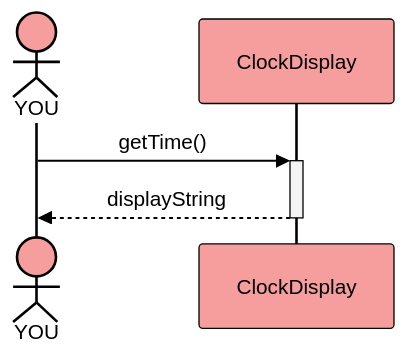
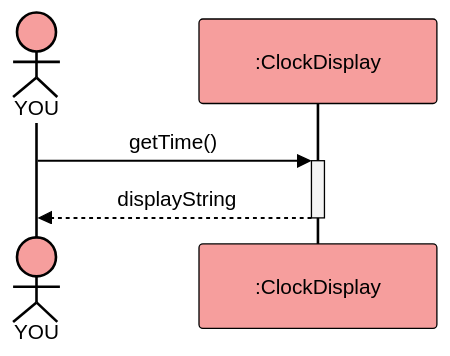
One commit to bkleinen/bkleinen.github.io changed the fifth of 5 diagrams in hugo/content/material/info1/clock_display_refactoring/original_clock_display.md. Above: the diagram before and after it, drawn with Mermaid. The commit also changed other lines of this file, not shown here.

Commit message:
add colons to sequence diagrams

````diff
--- a/hugo/content/material/info1/clock_display_refactoring/original_clock_display.md
+++ b/hugo/content/material/info1/clock_display_refactoring/original_clock_display.md
@@ -173,24 +174,24 @@
 ```mermaid
 %%{
   init: {
     'theme': 'base',
     'themeVariables': {
       'primaryColor': '#f69e9d', 
       'primaryTextColor': '#000',
       'primaryBorderColor': '#000',
       'lineColor': '#F8B229',
       'secondaryColor': '#f4f4f4',
       'activationBorderColor': '#000',
       'tertiaryColor': '#fff'
     }
   }
 }%%
 sequenceDiagram
     actor YOU
-    participant ClockDisplay
+    participant #colon;ClockDisplay
 
-    YOU->>+ClockDisplay: getTime()
+    YOU->>+#colon;ClockDisplay: getTime()
    
-    ClockDisplay-->>-YOU:displayString
+    #colon;ClockDisplay-->>-YOU:displayString
 
 ```
````
